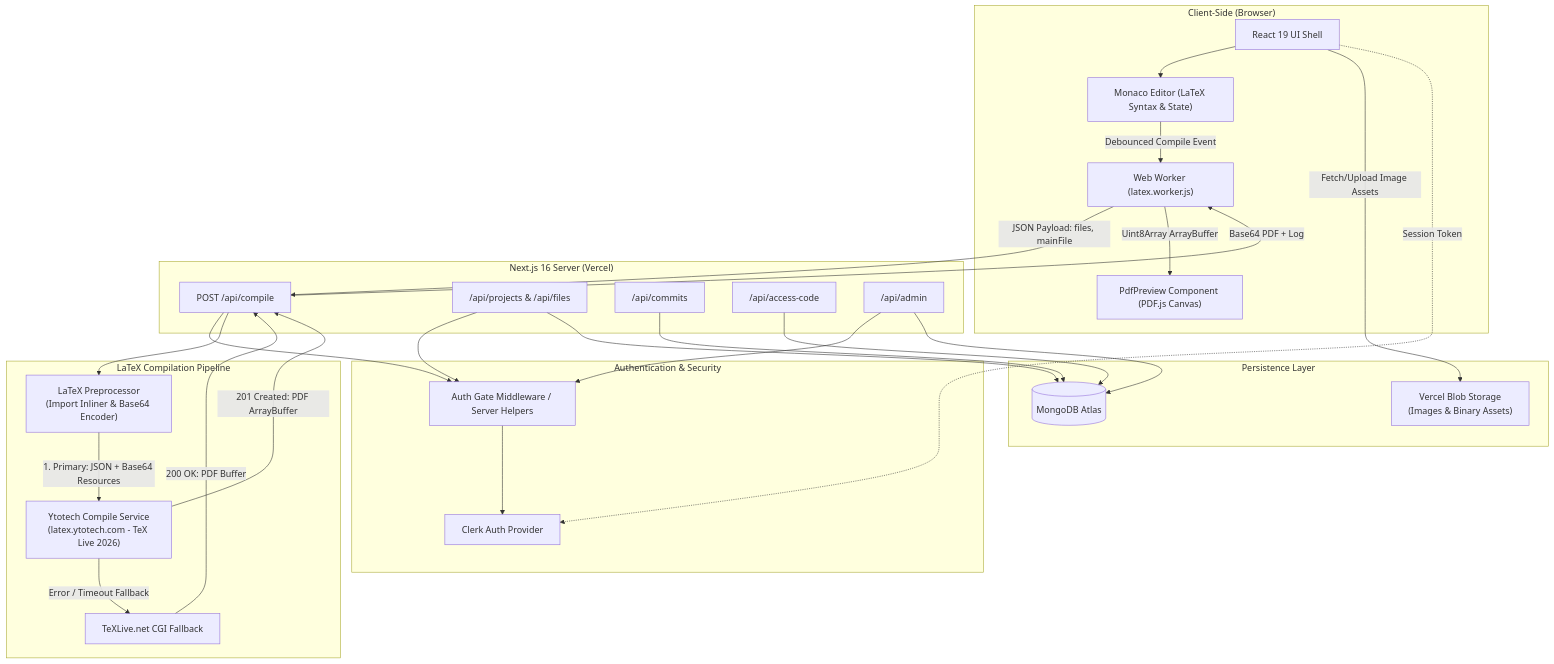
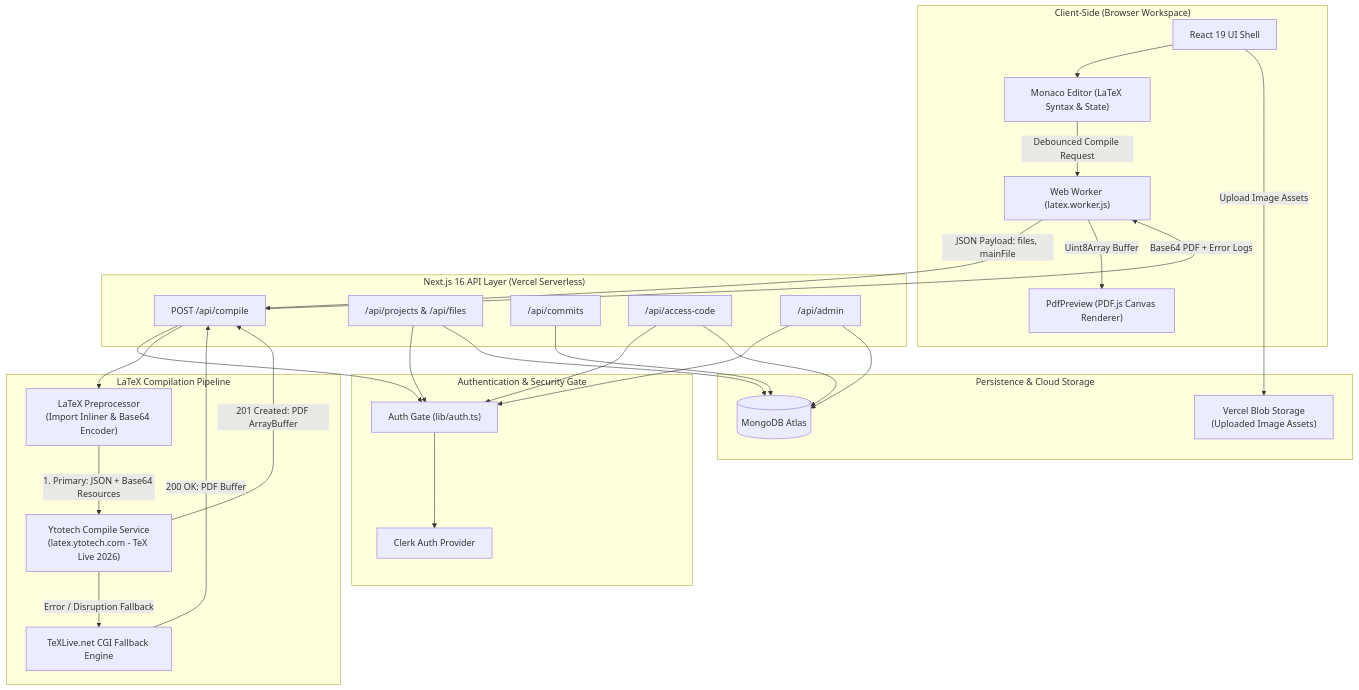
Before and after one commit to Siddhantshukla1657/Texly: the diagram in README.md, drawn with Mermaid. The commit also changed other lines of this file and 5 other files, not shown here.

````diff
--- a/README.md
+++ b/README.md
@@ -50,61 +52,58 @@
 ```mermaid
 graph TD
-    subgraph Client["Client-Side (Browser)"]
+    subgraph Client["Client-Side (Browser Workspace)"]
         UI["React 19 UI Shell"]
         Monaco["Monaco Editor (LaTeX Syntax & State)"]
         Worker["Web Worker (latex.worker.js)"]
-        PdfViewer["PdfPreview Component (PDF.js Canvas)"]
+        PdfViewer["PdfPreview (PDF.js Canvas Renderer)"]
     end
 
-    subgraph AuthLayer["Authentication & Security"]
+    subgraph AuthLayer["Authentication & Security Gate"]
         Clerk["Clerk Auth Provider"]
-        Gate["Auth Gate Middleware / Server Helpers"]
+        AuthGate["Auth Gate (lib/auth.ts)"]
     end
 
-    subgraph Backend["Next.js 16 Server (Vercel)"]
+    subgraph Backend["Next.js 16 API Layer (Vercel Serverless)"]
         CompileAPI["POST /api/compile"]
         ProjectAPI["/api/projects & /api/files"]
         CommitAPI["/api/commits"]
         AccessAPI["/api/access-code"]
         AdminAPI["/api/admin"]
     end
 
     subgraph CompilerEngine["LaTeX Compilation Pipeline"]
         Preprocessor["LaTeX Preprocessor\n(Import Inliner & Base64 Encoder)"]
         Ytotech["Ytotech Compile Service\n(latex.ytotech.com - TeX Live 2026)"]
-        TeXLiveFallback["TeXLive.net CGI Fallback"]
+        TeXLiveFallback["TeXLive.net CGI Fallback Engine"]
     end
 
-    subgraph DataStorage["Persistence Layer"]
+    subgraph DataStorage["Persistence & Cloud Storage"]
         MongoDB[(MongoDB Atlas)]
-        VercelBlob["Vercel Blob Storage\n(Images & Binary Assets)"]
+        VercelBlob["Vercel Blob Storage\n(Uploaded Image Assets)"]
     end
 
-    %% Client Interactions
+    %% Flow Connections
     UI --> Monaco
-    Monaco -->|Debounced Compile Event| Worker
+    Monaco -->|Debounced Compile Request| Worker
     Worker -->|JSON Payload: files, mainFile| CompileAPI
-    UI -->|Fetch/Upload Image Assets| VercelBlob
+    UI -->|Upload Image Assets| VercelBlob
 
-    %% Auth Checks
-    UI -.Session Token.-> Clerk
-    CompileAPI --> Gate
-    ProjectAPI --> Gate
-    AdminAPI --> Gate
-    Gate --> Clerk
+    CompileAPI --> AuthGate
+    ProjectAPI --> AuthGate
+    AdminAPI --> AuthGate
+    AccessAPI --> AuthGate
+    AuthGate --> Clerk
 
-    %% Database Operations
     ProjectAPI --> MongoDB
     CommitAPI --> MongoDB
     AccessAPI --> MongoDB
     AdminAPI --> MongoDB
 
-    %% Compilation Engine Workflow
     CompileAPI --> Preprocessor
     Preprocessor -->|1. Primary: JSON + Base64 Resources| Ytotech
-    Ytotech -- Error / Timeout Fallback --> TeXLiveFallback
+    Ytotech -- Error / Disruption Fallback --> TeXLiveFallback
     Ytotech -->|201 Created: PDF ArrayBuffer| CompileAPI
     TeXLiveFallback -->|200 OK: PDF Buffer| CompileAPI
-    CompileAPI -->|Base64 PDF + Log| Worker
-    Worker -->|Uint8Array ArrayBuffer| PdfViewer
+    CompileAPI -->|Base64 PDF + Error Logs| Worker
+    Worker -->|Uint8Array Buffer| PdfViewer
 ```
````
